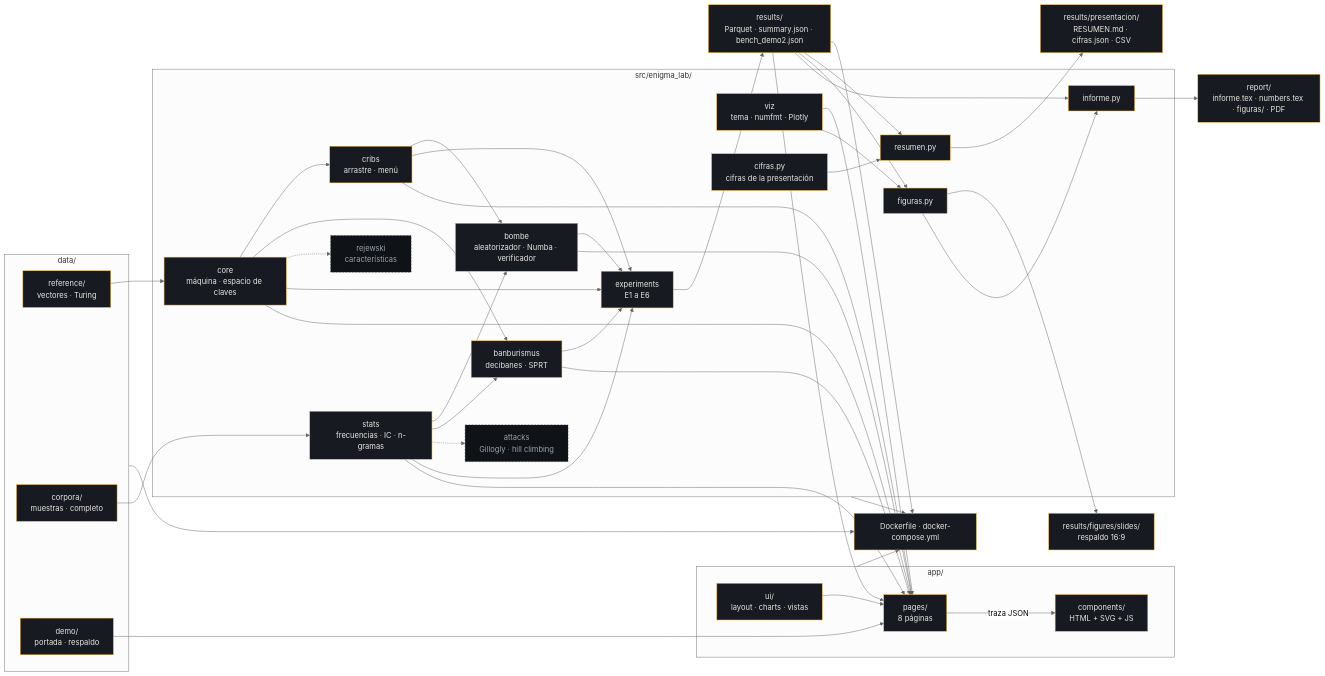
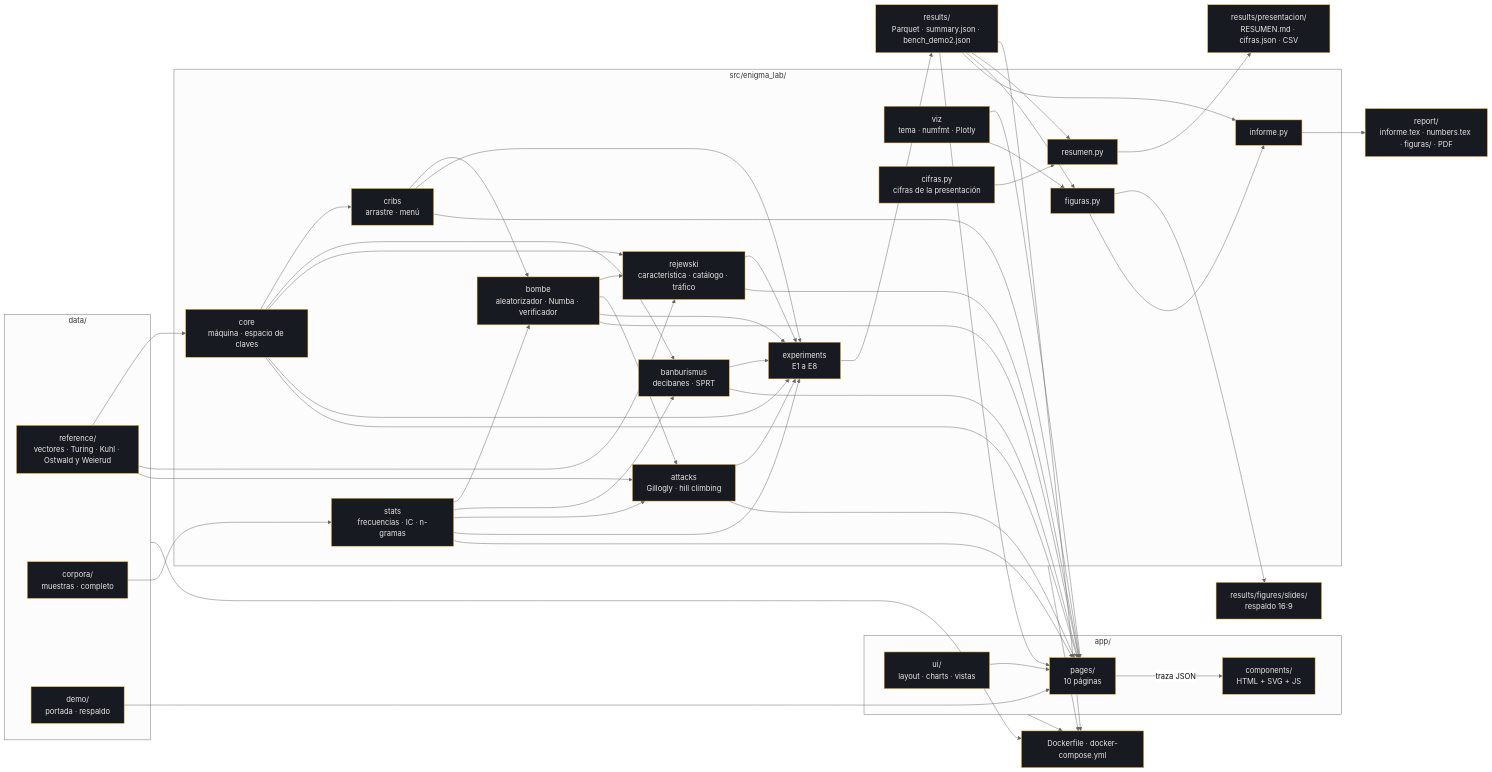
One commit to Cartosn/enigma-lab changed the first of 7 diagrams in docs/ARQUITECTURA.md. Above: the diagram before and after it, drawn with Mermaid (neutral theme). The commit also changed other lines of this file and 8 other files, not shown here.

````diff
--- a/docs/ARQUITECTURA.md
+++ b/docs/ARQUITECTURA.md
@@ -12,63 +10,62 @@
 ```mermaid
 flowchart LR
     subgraph data["data/"]
-        ref["reference/<br/>vectores · Turing"]
+        ref["reference/<br/>vectores · Turing · Kuhl · Ostwald y Weierud"]
         corp["corpora/<br/>muestras · completo"]
         demo["demo/<br/>portada · respaldo"]
     end
 
     subgraph lib["src/enigma_lab/"]
         core["core<br/>máquina · espacio de claves"]
         stats["stats<br/>frecuencias · IC · n-gramas"]
         cribs["cribs<br/>arrastre · menú"]
         bombe["bombe<br/>aleatorizador · Numba · verificador"]
         banb["banburismus<br/>decibanes · SPRT"]
-        rej["rejewski<br/>características"]
+        rej["rejewski<br/>característica · catálogo · tráfico"]
         att["attacks<br/>Gillogly · hill climbing"]
-        exp["experiments<br/>E1 a E6"]
+        exp["experiments<br/>E1 a E8"]
         viz["viz<br/>tema · numfmt · Plotly"]
         cif["cifras.py<br/>cifras de la presentación"]
         res["resumen.py"]
         fig["figuras.py"]
         inf["informe.py"]
     end
 
     subgraph appdir["app/"]
         ui["ui/<br/>layout · charts · vistas"]
-        pages["pages/<br/>8 páginas"]
+        pages["pages/<br/>10 páginas"]
         comp["components/<br/>HTML + SVG + JS"]
     end
 
     results["results/<br/>Parquet · summary.json · bench_demo2.json"]
     pres["results/presentacion/<br/>RESUMEN.md · cifras.json · CSV"]
     slides["results/figures/slides/<br/>respaldo 16:9"]
     report["report/<br/>informe.tex · numbers.tex · figuras/ · PDF"]
     docker["Dockerfile · docker-compose.yml"]
 
     corp --> stats
     ref --> core
     demo --> pages
     core --> cribs --> bombe
     core --> banb
     stats --> bombe
     stats --> banb
-    core -.-> rej
-    stats -.-> att
-    core & stats & cribs & bombe & banb --> exp
+    core & bombe --> rej
+    bombe & stats --> att
+    ref --> rej & att
+    core & stats & cribs & bombe & banb & rej & att --> exp
     exp --> results
     results & cif --> res --> pres
     results --> fig --> slides
     fig & results --> inf --> report
     viz --> pages
     viz --> fig
-    core & stats & cribs & bombe & banb --> pages
+    core & stats & cribs & bombe & banb & rej & att --> pages
     results --> pages
     ui --> pages
     pages -- "traza JSON" --> comp
     lib & appdir & data & results --> docker
 
     classDef done fill:#171B21,stroke:#F2B134,color:#E8E6E3
-    classDef todo fill:#0F1216,stroke:#2A3038,color:#9AA3AD,stroke-dasharray: 4 3
-    class core,viz,exp,results,pres,ref,demo,stats,cribs,corp,bombe,banb,cif,res,fig,inf,ui,pages,comp,slides,report,docker done
-    class rej,att todo
+    class core,viz,exp,results,pres,ref,demo,stats,cribs,corp,bombe,banb,rej,att,cif,res,fig,inf,ui,pages,comp,slides,report,docker done
 ```
````
